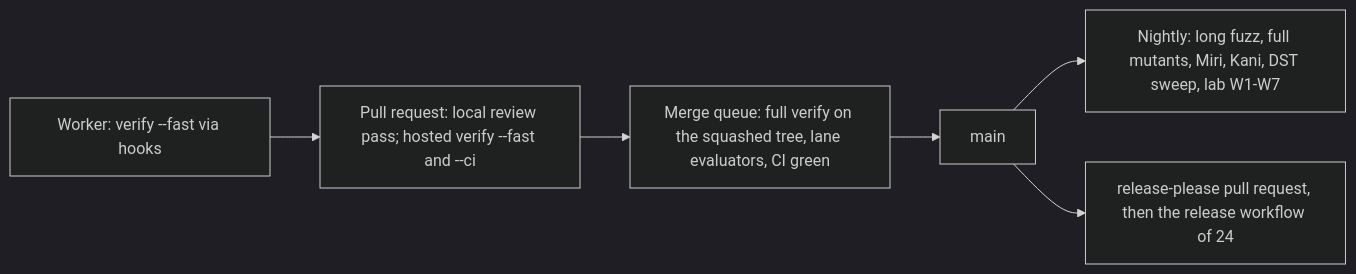
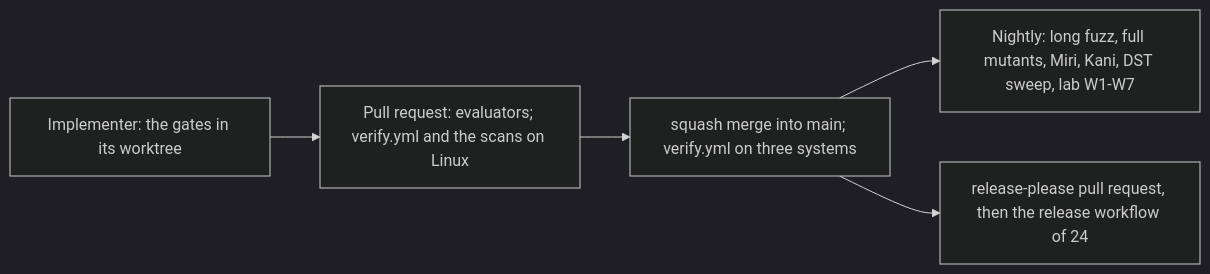
One commit to 416rehman/Guardrails changed the first of 2 diagrams in docs/team/05-quality-gates-and-ci.md. Above: the diagram before and after it, drawn with Mermaid (dark theme). The commit also changed other lines of this file and 93 other files, not shown here.

````diff
--- a/docs/team/05-quality-gates-and-ci.md
+++ b/docs/team/05-quality-gates-and-ci.md
@@ -96,8 +73,7 @@
 ```mermaid
 flowchart LR
-  W[Worker: verify --fast via hooks] --> P[Pull request: local review pass; hosted verify --fast and --ci]
-  P --> Q[Merge queue: full verify on the squashed tree, lane evaluators, CI green]
-  Q --> M[main]
+  W[Implementer: the gates in its worktree] --> P[Pull request: evaluators; verify.yml and the scans on Linux]
+  P --> M[squash merge into main; verify.yml on three systems]
   M --> N[Nightly: long fuzz, full mutants, Miri, Kani, DST sweep, lab W1-W7]
   M --> R[release-please pull request, then the release workflow of 24]
 ```
````
